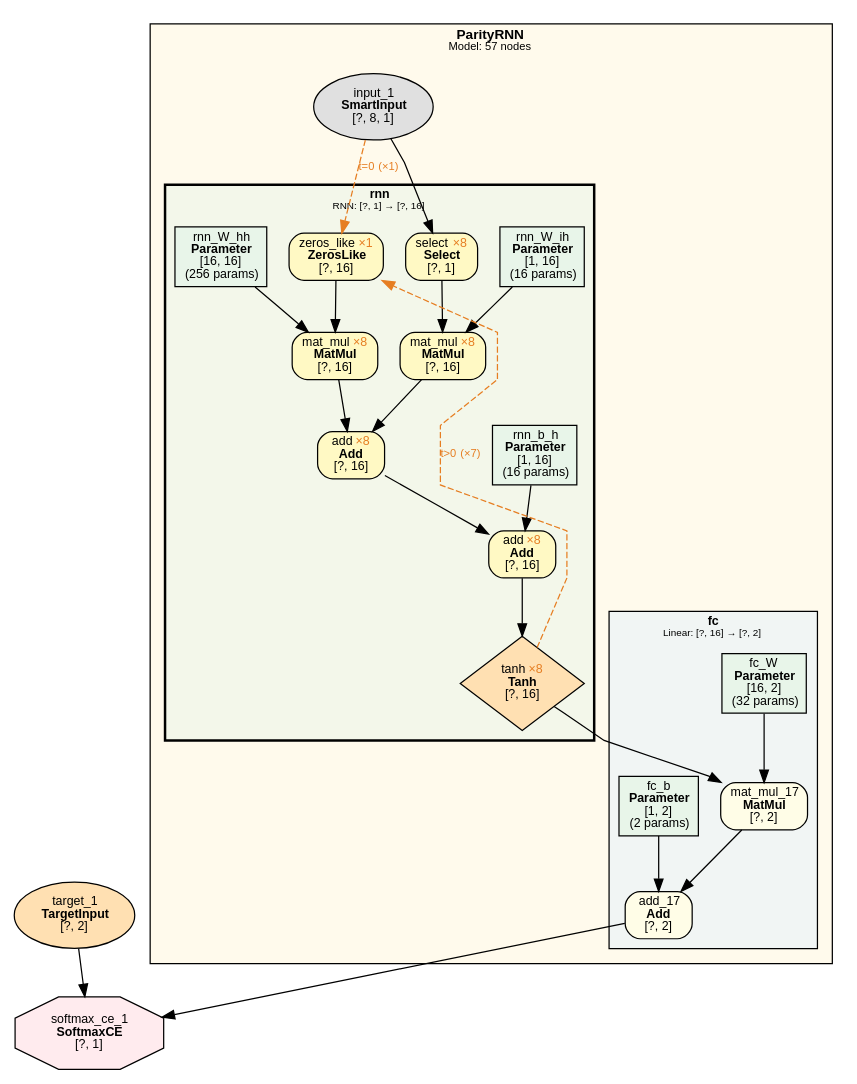
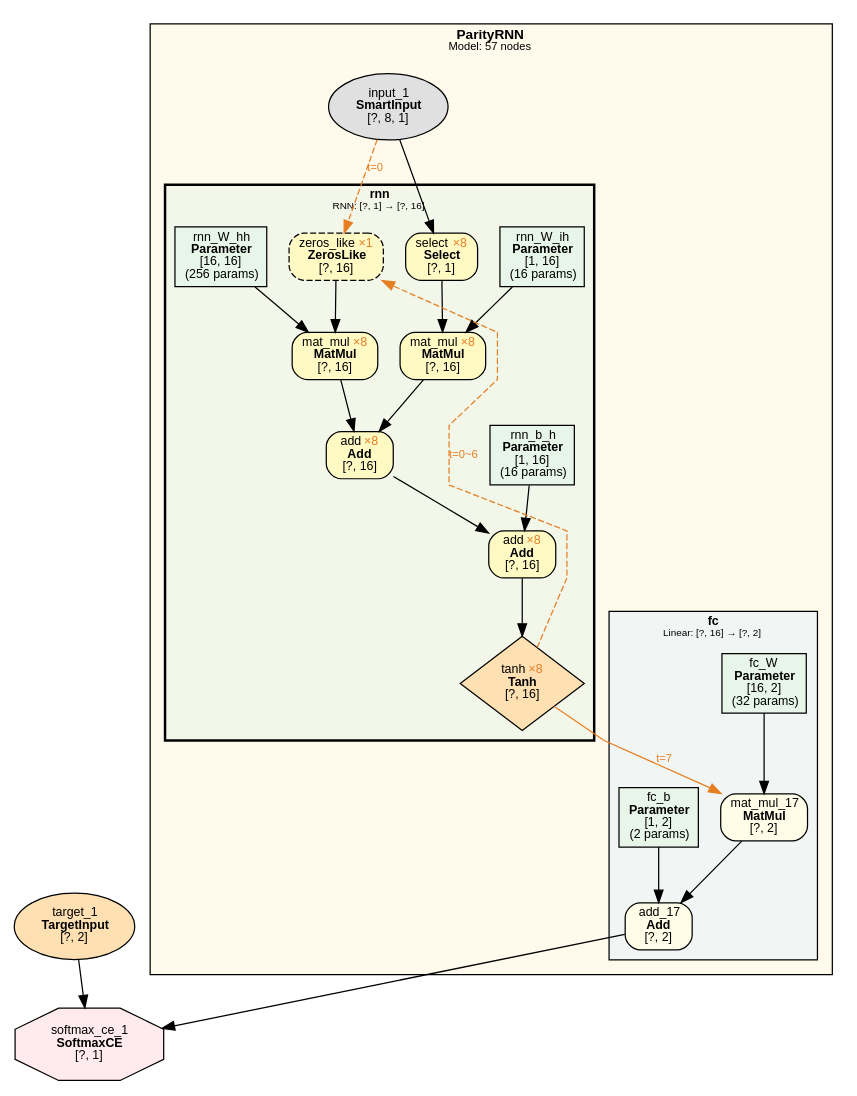
Before and after one commit to dbsxdbsx/only_torch: the diagram in examples/parity_rnn_fixed_len/parity_rnn_fixed_len.dot, drawn with Graphviz. The commit also changed 8 other files, not shown here.

First line of the commit message:
style(vis): 优化循环层时间步标签及 ZerosLike 节点样式

```diff
--- a/examples/parity_rnn_fixed_len/parity_rnn_fixed_len.dot
+++ b/examples/parity_rnn_fixed_len/parity_rnn_fixed_len.dot
@@ -1,71 +1,71 @@
 digraph Model {
     rankdir=TB;
     newrank=true;
     splines=polyline;
     node [fontname="Microsoft YaHei,SimHei,Arial"];
     edge [fontname="Microsoft YaHei,SimHei,Arial"];
 
     subgraph cluster_ParityRNN {
         label=<<B>ParityRNN</B><BR/><FONT POINT-SIZE="9">Model: 57 nodes</FONT>>;
         style=filled;
         fillcolor="#FFECB340";
         fontname="Microsoft YaHei,SimHei,Arial";
         fontsize=11;
         margin=12;
         subgraph cluster_ParityRNN_fc {
             label=<<B>fc</B><BR/><FONT POINT-SIZE="8">Linear: [?, 16] → [?, 2]</FONT>>;
             style=filled;
             fillcolor="#E3F2FD80";
             fontname="Microsoft YaHei,SimHei,Arial";
             fontsize=10;
             margin=8;
             "4" [label=<fc_W<BR/><B>Parameter</B><BR/>[16, 2]<BR/>(32 params)> shape=box style=filled fillcolor="#E8F5E9" fontsize=10];
             "5" [label=<fc_b<BR/><B>Parameter</B><BR/>[1, 2]<BR/>(2 params)> shape=box style=filled fillcolor="#E8F5E9" fontsize=10];
             "56" [label=<mat_mul_17<BR/><B>MatMul</B><BR/>[?, 2]> shape=box style="filled,rounded" fillcolor="#FFFDE7" fontsize=10];
             "57" [label=<add_17<BR/><B>Add</B><BR/>[?, 2]> shape=box style="filled,rounded" fillcolor="#FFFDE7" fontsize=10];
         }
         subgraph cluster_ParityRNN_rnn {
             label=<<B>rnn</B><BR/><FONT POINT-SIZE="8">RNN: [?, 1] → [?, 16]</FONT>>;
             style="filled,bold";
             peripheries=3;
             penwidth=2;
             fillcolor="#E8F5E980";
             fontname="Microsoft YaHei,SimHei,Arial";
             fontsize=10;
             margin=8;
             "1" [label=<rnn_W_ih<BR/><B>Parameter</B><BR/>[1, 16]<BR/>(16 params)> shape=box style=filled fillcolor="#E8F5E9" fontsize=10];
             "2" [label=<rnn_W_hh<BR/><B>Parameter</B><BR/>[16, 16]<BR/>(256 params)> shape=box style=filled fillcolor="#E8F5E9" fontsize=10];
             "3" [label=<rnn_b_h<BR/><B>Parameter</B><BR/>[1, 16]<BR/>(16 params)> shape=box style=filled fillcolor="#E8F5E9" fontsize=10];
-            "7" [label=<zeros_like <FONT COLOR="#E67E22">×1</FONT><BR/><B>ZerosLike</B><BR/>[?, 16]> shape=box style="filled,rounded" fillcolor="#FFF9C4" fontsize=10];
+            "7" [label=<zeros_like <FONT COLOR="#E67E22">×1</FONT><BR/><B>ZerosLike</B><BR/>[?, 16]> shape=box style="filled,rounded,dashed" fillcolor="#FFF9C4" fontsize=10];
             "8" [label=<select <FONT COLOR="#E67E22">×8</FONT><BR/><B>Select</B><BR/>[?, 1]> shape=box style="filled,rounded" fillcolor="#FFF9C4" fontsize=10];
             "9" [label=<mat_mul <FONT COLOR="#E67E22">×8</FONT><BR/><B>MatMul</B><BR/>[?, 16]> shape=box style="filled,rounded" fillcolor="#FFF9C4" fontsize=10];
             "10" [label=<mat_mul <FONT COLOR="#E67E22">×8</FONT><BR/><B>MatMul</B><BR/>[?, 16]> shape=box style="filled,rounded" fillcolor="#FFF9C4" fontsize=10];
             "11" [label=<add <FONT COLOR="#E67E22">×8</FONT><BR/><B>Add</B><BR/>[?, 16]> shape=box style="filled,rounded" fillcolor="#FFF9C4" fontsize=10];
             "12" [label=<add <FONT COLOR="#E67E22">×8</FONT><BR/><B>Add</B><BR/>[?, 16]> shape=box style="filled,rounded" fillcolor="#FFF9C4" fontsize=10];
             "13" [label=<tanh <FONT COLOR="#E67E22">×8</FONT><BR/><B>Tanh</B><BR/>[?, 16]> shape=diamond style=filled fillcolor="#FFE0B2" fontsize=10];
         }
         "6" [label=<input_1<BR/><B>SmartInput</B><BR/>[?, 8, 1]> shape=ellipse style=filled fillcolor="#E0E0E0" fontsize=10];
     }
 
     "58" [label=<target_1<BR/><B>TargetInput</B><BR/>[?, 2]> shape=ellipse style=filled fillcolor="#FFE0B2" fontsize=10];
     "59" [label=<softmax_ce_1<BR/><B>SoftmaxCE</B><BR/>[?, 1]> shape=octagon style=filled fillcolor="#FFEBEE" fontsize=10];
 
     "6" -> "8";
     "8" -> "9";
     "1" -> "9";
     "7" -> "10";
     "2" -> "10";
     "9" -> "11";
     "10" -> "11";
     "11" -> "12";
     "3" -> "12";
     "12" -> "13";
-    "13" -> "56";
+    "13" -> "56" [color="#E67E22" label=<t=7> fontcolor="#E67E22" fontsize=9];
     "4" -> "56";
     "56" -> "57";
     "5" -> "57";
     "57" -> "59";
     "58" -> "59";
-    "6" -> "7" [style=dashed color="#E67E22" label=<t=0 <FONT COLOR="#E67E22">(×1)</FONT>> fontcolor="#E67E22" fontsize=9];
-    "13" -> "7" [style=dashed color="#E67E22" label=<t&gt;0 <FONT COLOR="#E67E22">(×7)</FONT>> fontcolor="#E67E22" fontsize=9 constraint=false];
+    "6" -> "7" [style=dashed color="#E67E22" label=<t=0> fontcolor="#E67E22" fontsize=9];
+    "13" -> "7" [style=dashed color="#E67E22" label=<t=0~6> fontcolor="#E67E22" fontsize=9 constraint=false];
 }
```
